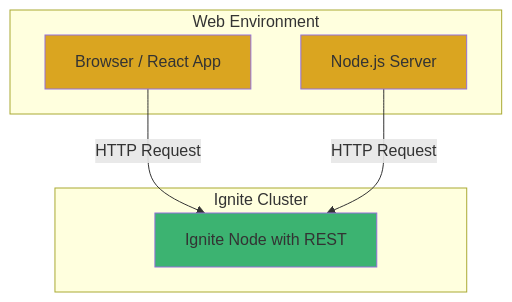
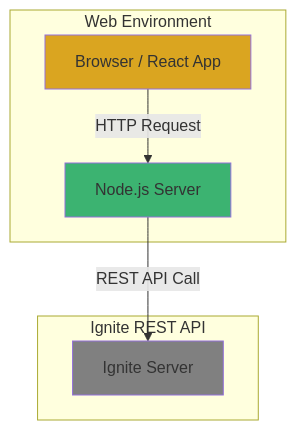
One commit to JadenMeister/Ignite-redis-theory changed the first of 2 diagrams in chapters/chapter4.md. Above: the diagram before and after it, drawn with Mermaid. The commit also changed other lines of this file and 4 other files, not shown here.

Commit message:
Add Chapter 6: WebSocket Chat Server with Ignite Integration and Clustering

````diff
--- a/chapters/chapter4.md
+++ b/chapters/chapter4.md
@@ -45,18 +45,17 @@
 ```mermaid
 graph TD
     subgraph "Web Environment"
         B[Browser / React App]
         N[Node.js Server]
     end
-
-    subgraph "Ignite Cluster"
-        I[Ignite Node with REST]
+    subgraph "Ignite REST API"
+        I[Ignite Server]
     end
 
-    B -- "HTTP Request" --> I
-    N -- "HTTP Request" --> I
+    B -- "HTTP Request" --> N
+    N -- "REST API Call" --> I
 
-    style I fill:#3cb371
     style B fill:#daa520
-    style N fill:#daa520
+    style N fill:#3cb371
+    style I fill:#808080
 ```
````
